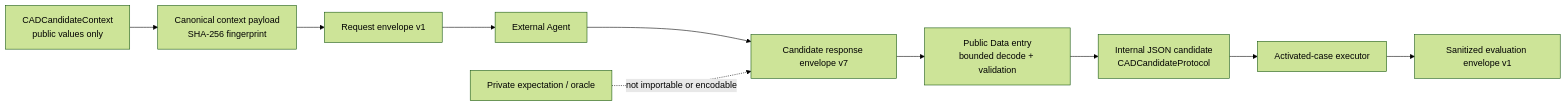
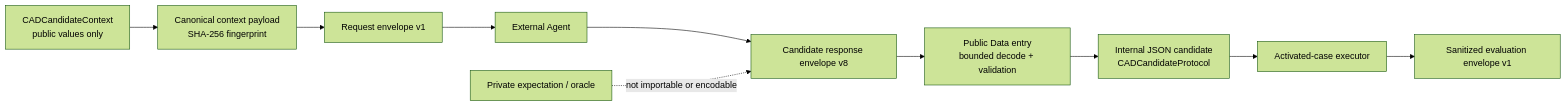
One commit to 1amageek/Rupa changed the first of 2 diagrams in RupaKit/Sources/RupaAgentCADBenchmarkJSONAdapter/DESIGN.md. Above: the diagram before and after it, drawn with Mermaid (forest theme). The commit also changed other lines of this file and 31 other files, not shown here.

````diff
--- a/RupaKit/Sources/RupaAgentCADBenchmarkJSONAdapter/DESIGN.md
+++ b/RupaKit/Sources/RupaAgentCADBenchmarkJSONAdapter/DESIGN.md
@@ -53,12 +53,12 @@
 ```mermaid
 flowchart LR
     PublicContext["CADCandidateContext\npublic values only"] --> Canonical["Canonical context payload\nSHA-256 fingerprint"]
     Canonical --> Request["Request envelope v1"]
-    External["External Agent"] --> Response["Candidate response envelope v7"]
+    External["External Agent"] --> Response["Candidate response envelope v8"]
     Request --> External
     Response --> Validate["Public Data entry\nbounded decode + validation"]
     Validate --> Candidate["Internal JSON candidate\nCADCandidateProtocol"]
     Candidate --> Executor["Activated-case executor"]
     Executor --> Evaluation["Sanitized evaluation envelope v1"]
     Private["Private expectation / oracle"] -. "not importable or encodable" .-> Response
 ```
````
